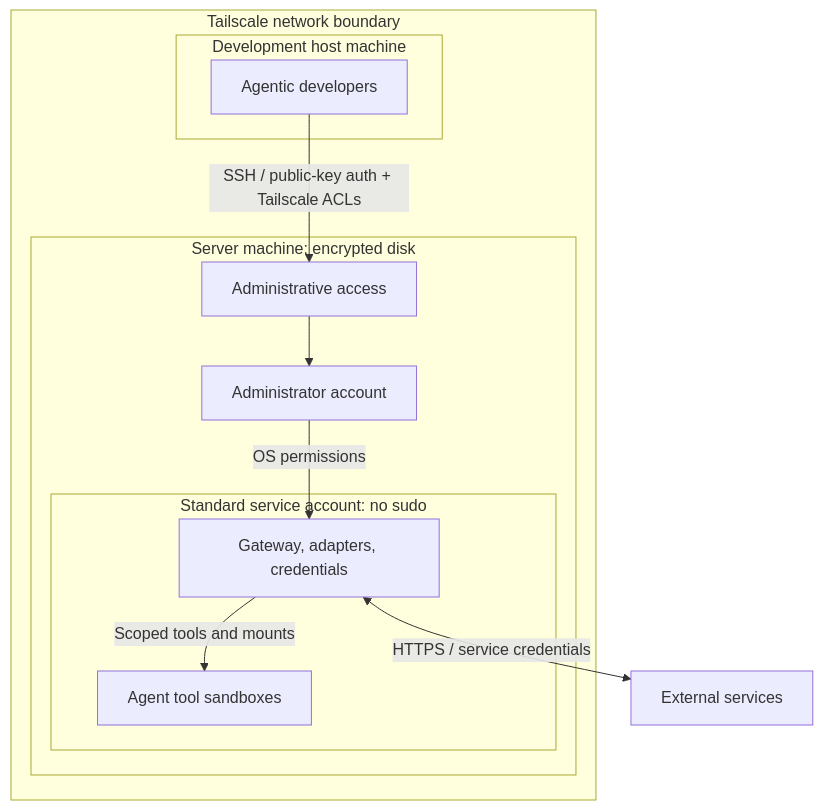
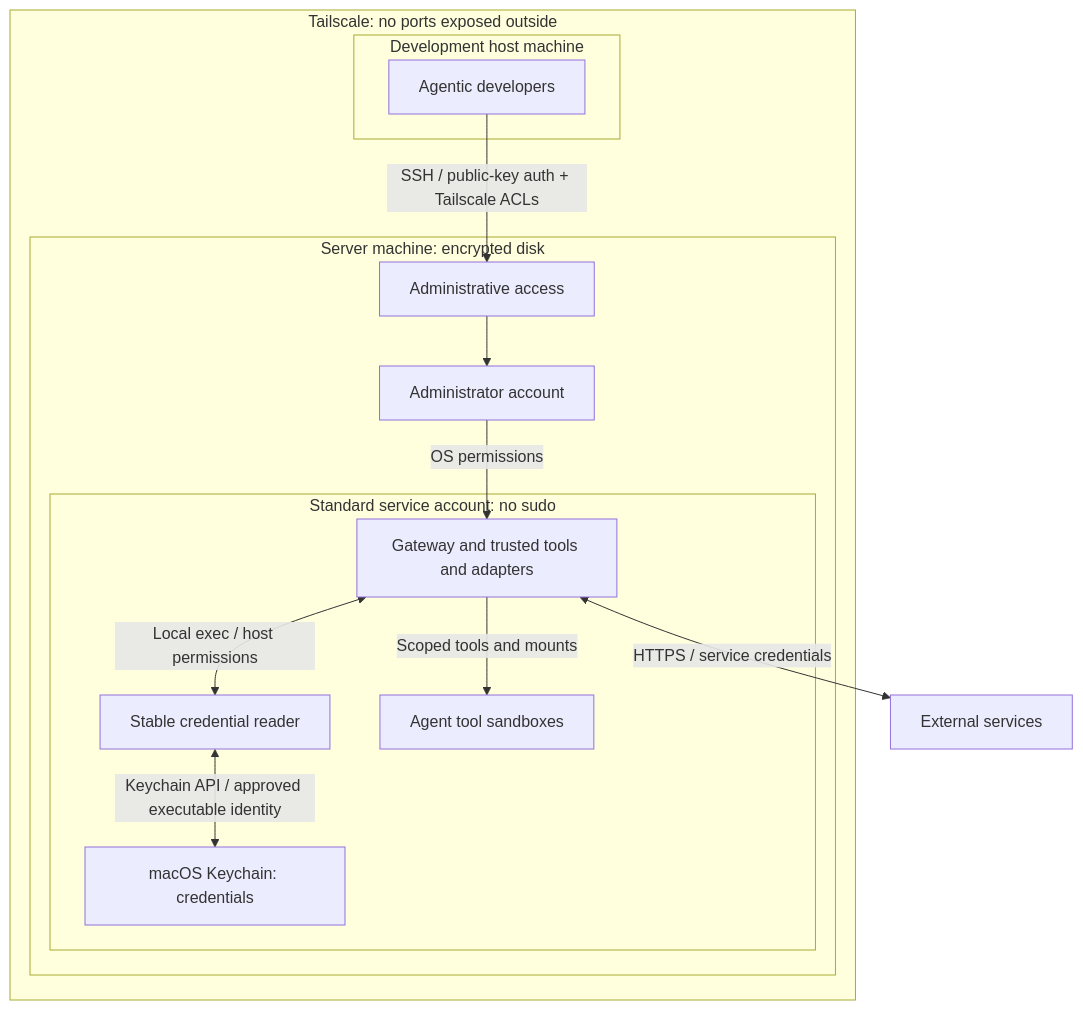
The second of 5 diagrams in docs/openclaw-setup/security-architecture.md (coletaylor788/puddles), drawn with Mermaid before and after one commit. The commit also changed other lines of this file, not shown here.

Commit message:
Document Keychain identity and security governing principles

````diff
--- a/docs/openclaw-setup/security-architecture.md
+++ b/docs/openclaw-setup/security-architecture.md
@@ -67,23 +72,27 @@
 ```mermaid
 flowchart TB
     External["External services"]
-    subgraph Tailnet["Tailscale network boundary"]
+    subgraph Tailnet["Tailscale: no ports exposed outside"]
         subgraph DevMachine["Development host machine"]
             Developers["Agentic developers"]
         end
         subgraph Machine["Server machine: encrypted disk"]
             Login["Administrative access"]
             Admin["Administrator account"]
             subgraph Service["Standard service account: no sudo"]
-                Gateway["Gateway, adapters, credentials"]
+                Gateway["Gateway and trusted tools and adapters"]
+                CredentialReader["Stable credential reader"]
+                Keychain["macOS Keychain: credentials"]
                 Sandboxes["Agent tool sandboxes"]
             end
         end
     end
 
     Developers -->|"SSH / public-key auth + Tailscale ACLs"| Login
     Login --> Admin
     Admin -->|"OS permissions"| Gateway
     Gateway -->|"Scoped tools and mounts"| Sandboxes
+    Gateway <-->|"Local exec / host permissions"| CredentialReader
+    CredentialReader <-->|"Keychain API / approved executable identity"| Keychain
     Gateway <-->|"HTTPS / service credentials"| External
 ```
````
